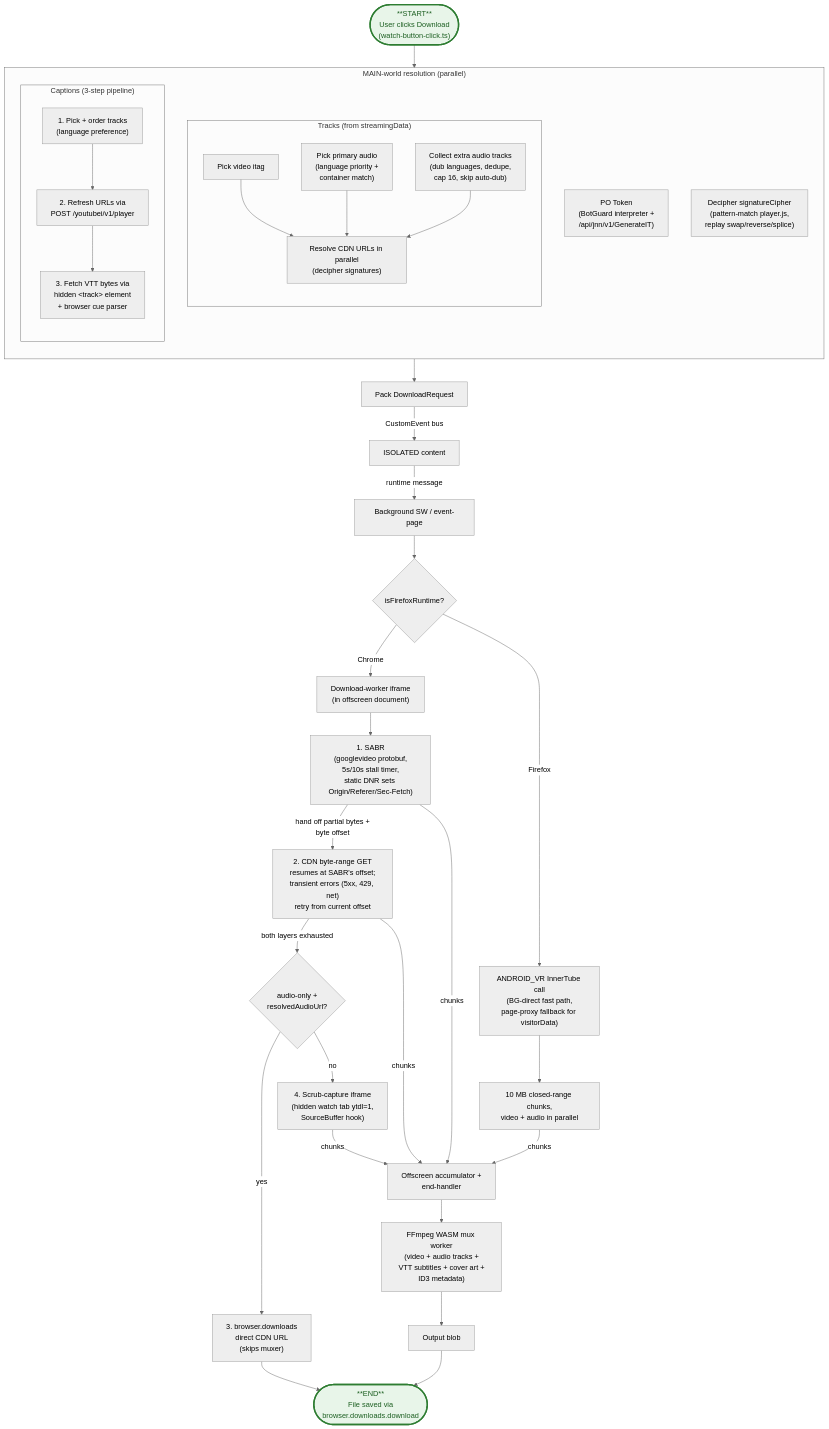
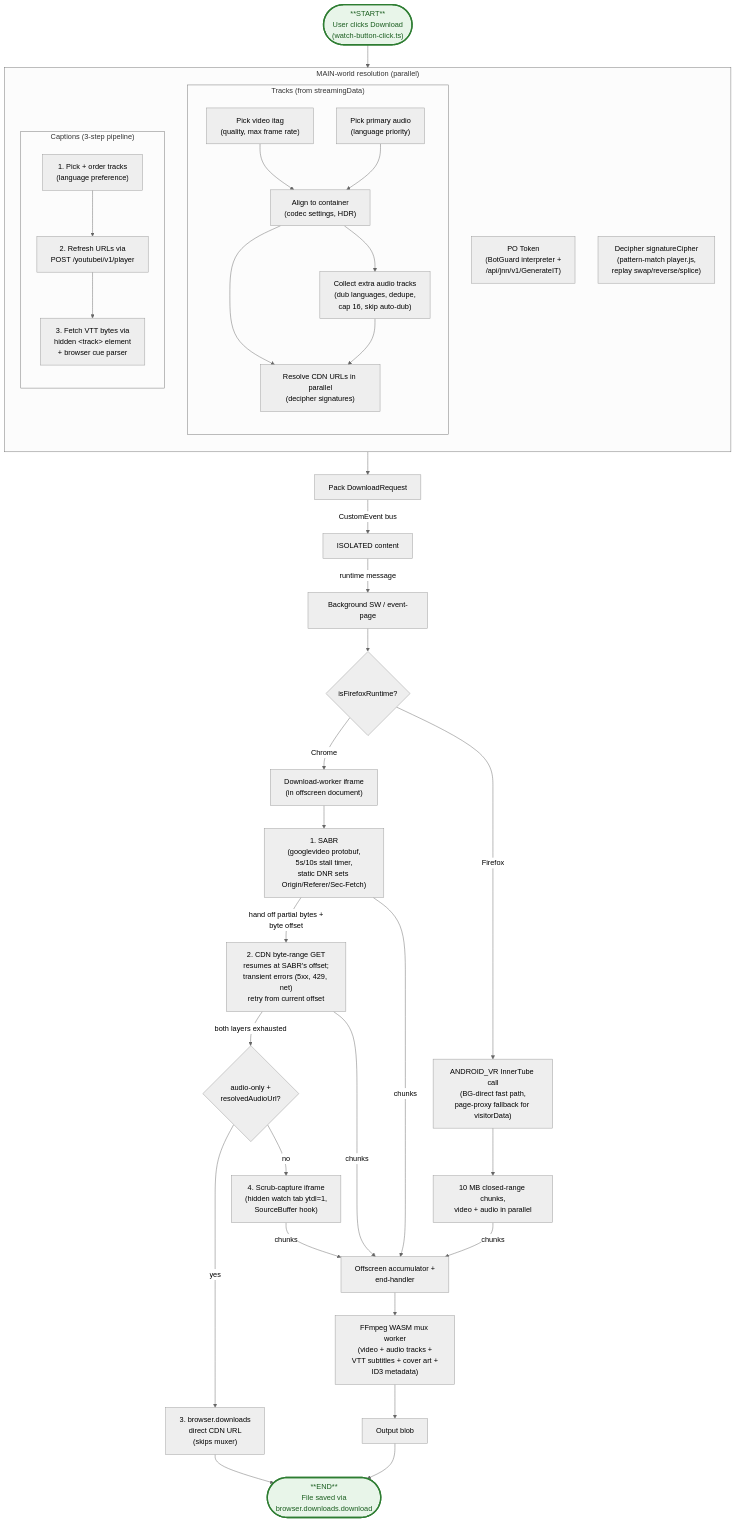
One commit to avi12/youtube-downloader changed the first of 7 diagrams in ARCHITECTURE.md. Above: the diagram before and after it, drawn with Mermaid (neutral theme). The commit also changed other lines of this file, not shown here.

Commit message:
docs(architecture): describe codec, container and quality selection

````diff
--- a/ARCHITECTURE.md
+++ b/ARCHITECTURE.md
@@ -9,57 +9,60 @@
 ```mermaid
 flowchart TB
     Click(["**START**<br/>User clicks Download<br/>(watch-button-click.ts)"])
 
     subgraph Resolve["MAIN-world resolution (parallel)"]
       direction TB
       PO["PO Token<br/>(BotGuard interpreter +<br/>/api/jnn/v1/GenerateIT)"]
       Sig["Decipher signatureCipher<br/>(pattern-match player.js,<br/>replay swap/reverse/splice)"]
       subgraph Tracks["Tracks (from streamingData)"]
         direction TB
-        Itags["Pick video itag"]
-        Aprimary["Pick primary audio<br/>(language priority +<br/>container match)"]
+        Itags["Pick video itag<br/>(quality, max frame rate)"]
+        Aprimary["Pick primary audio<br/>(language priority)"]
+        Align["Align to container<br/>(codec settings, HDR)"]
         Aextras["Collect extra audio tracks<br/>(dub languages, dedupe,<br/>cap 16, skip auto-dub)"]
         Aresolve["Resolve CDN URLs in parallel<br/>(decipher signatures)"]
-        Itags --> Aresolve
-        Aprimary --> Aresolve
+        Itags --> Align
+        Aprimary --> Align
+        Align --> Aextras
+        Align --> Aresolve
         Aextras --> Aresolve
       end
       subgraph CaptionsBox["Captions (3-step pipeline)"]
         direction TB
         Cpick["1. Pick + order tracks<br/>(language preference)"]
         Cfresh["2. Refresh URLs via<br/>POST /youtubei/v1/player"]
         Cvtt["3. Fetch VTT bytes via<br/>hidden &lt;track&gt; element<br/>+ browser cue parser"]
         Cpick --> Cfresh --> Cvtt
       end
     end
 
     Click --> Resolve
     Resolve --> Pack["Pack DownloadRequest"]
     Pack -->|"CustomEvent bus"| Iso["ISOLATED content"]
     Iso -->|"runtime message"| SW["Background SW / event-page"]
 
     SW --> Branch{"isFirefoxRuntime?"}
     Branch -->|"Chrome"| Worker["Download-worker iframe<br/>(in offscreen document)"]
     Branch -->|"Firefox"| FF["ANDROID_VR InnerTube call<br/>(BG-direct fast path,<br/>page-proxy fallback for visitorData)"]
 
     Worker --> SABR["1. SABR<br/>(googlevideo protobuf,<br/>5s/10s stall timer,<br/>static DNR sets Origin/Referer/Sec-Fetch)"]
     SABR -->|"hand off partial bytes +<br/>byte offset"| CDN["2. CDN byte-range GET<br/>resumes at SABR's offset;<br/>transient errors (5xx, 429, net)<br/>retry from current offset"]
     CDN -->|"both layers exhausted"| FB{"audio-only +<br/>resolvedAudioUrl?"}
     FB -->|"yes"| Direct["3. browser.downloads<br/>direct CDN URL<br/>(skips muxer)"]
     FB -->|"no"| Scrub["4. Scrub-capture iframe<br/>(hidden watch tab ytdl=1,<br/>SourceBuffer hook)"]
 
     FF --> FFchunk["10 MB closed-range chunks,<br/>video + audio in parallel"]
 
     SABR -->|"chunks"| Acc["Offscreen accumulator +<br/>end-handler"]
     CDN -->|"chunks"| Acc
     Scrub -->|"chunks"| Acc
     FFchunk -->|"chunks"| Acc
 
     Acc --> Mux["FFmpeg WASM mux worker<br/>(video + audio tracks +<br/>VTT subtitles + cover art +<br/>ID3 metadata)"]
     Mux --> Blob["Output blob"]
     Blob --> DL(["**END**<br/>File saved via<br/>browser.downloads.download"])
     Direct --> DL
 
     classDef startEnd fill:#e8f5e9,stroke:#2e7d32,stroke-width:3px,color:#1b5e20
     class Click,DL startEnd
 ```
````
